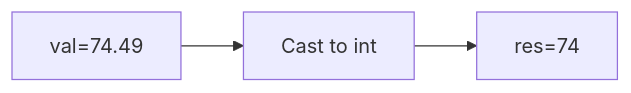
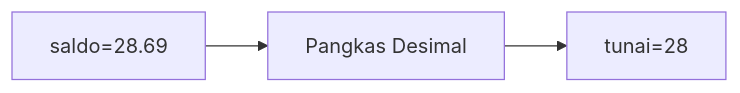
The tenth of 25 diagrams in part-c-pemahaman-cpp/01-tipe-data/latihan/set-10.md (amnahwaida/OSNK_INF_PREP), drawn with Mermaid before and after one commit. The commit also changed other lines of this file and 71 other files, not shown here.

````diff
--- a/part-c-pemahaman-cpp/01-tipe-data/latihan/set-10.md
+++ b/part-c-pemahaman-cpp/01-tipe-data/latihan/set-10.md
@@ -323,5 +277,5 @@
 ```mermaid
 graph LR
-A["val=74.49"] --> B["Cast to int"]
-B --> C["res=74"]
+A["saldo=28.69"] --> B["Pangkas Desimal"]
+B --> C["tunai=28"]
 ```
````
